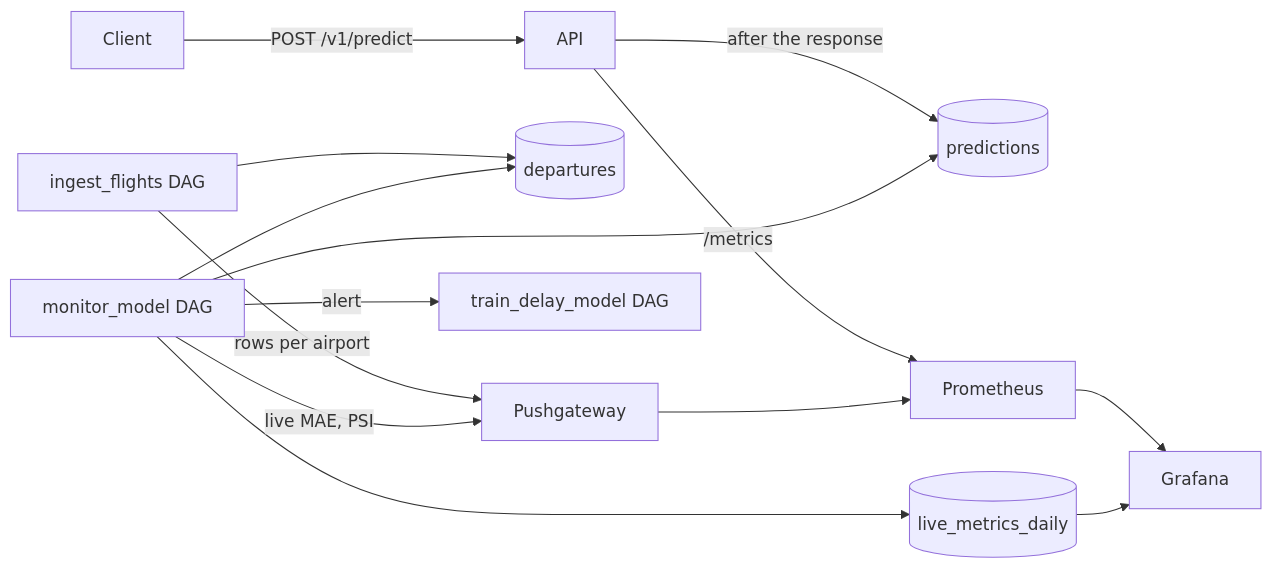
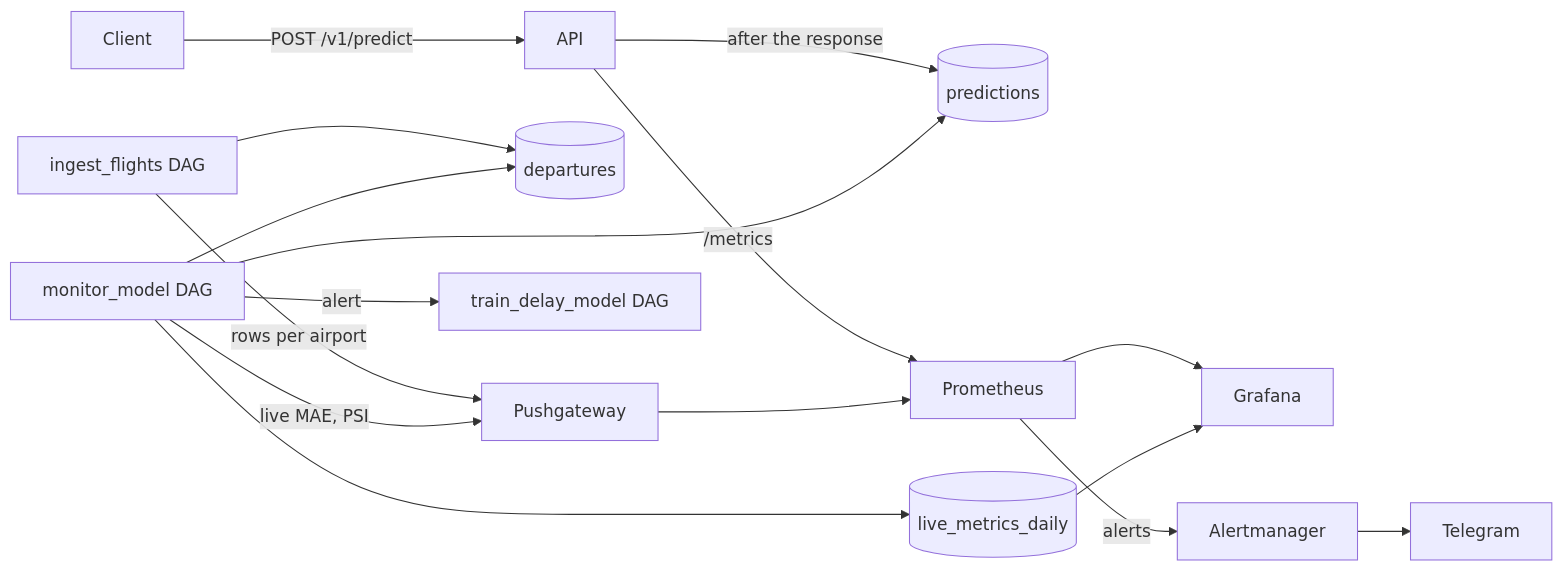
One commit to AminRezaeeyan/AeroScrape changed the diagram in docs/monitoring.md. Above: the diagram before and after it, drawn with Mermaid. The commit also changed other lines of this file and 15 other files, not shown here.

First line of the commit message:
feat(monitoring): Telegram alerts through Alertmanager

````diff
--- a/docs/monitoring.md
+++ b/docs/monitoring.md
@@ -8,16 +8,17 @@
 ```mermaid
 flowchart LR
     client[Client] -->|POST /v1/predict| api[API]
     api -->|after the response| log[(predictions)]
     api -->|/metrics| prom[Prometheus]
     ingest[ingest_flights DAG] --> flights[(departures)]
     ingest -->|rows per airport| pgw[Pushgateway]
     monitor[monitor_model DAG] --> log
     monitor --> flights
     monitor --> daily[(live_metrics_daily)]
     monitor -->|live MAE, PSI| pgw
     monitor -->|alert| train[train_delay_model DAG]
     pgw --> prom
     prom --> grafana[Grafana]
+    prom -->|alerts| am[Alertmanager] --> tg[Telegram]
     daily --> grafana
 ```
````
